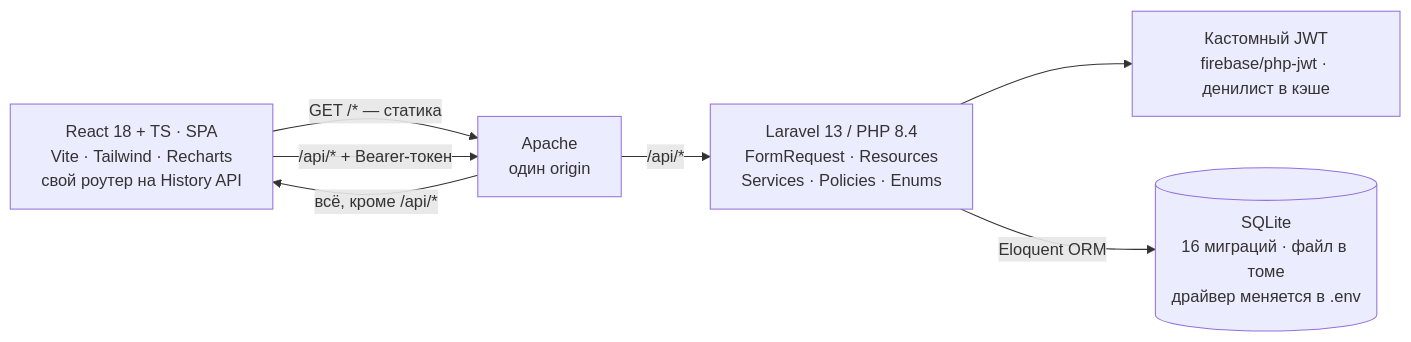
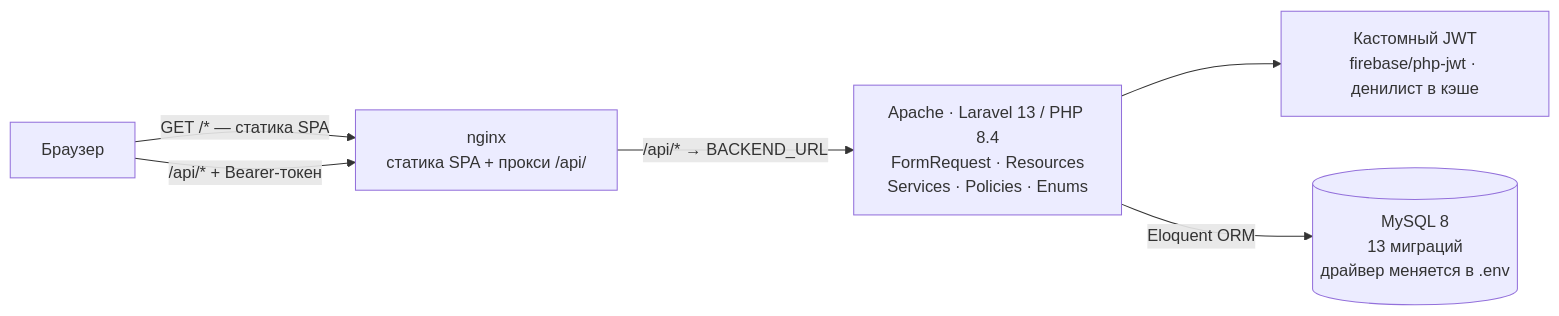
Before and after one commit to bagavund/incident: the first of 5 diagrams in SYSTEM_ANALYSIS.md, drawn with Mermaid. The commit also changed other lines of this file, not shown here.

````diff
--- a/SYSTEM_ANALYSIS.md
+++ b/SYSTEM_ANALYSIS.md
@@ -127,15 +128,14 @@
 ```mermaid
 flowchart LR
-    SPA["React 18 + TS · SPA<br/>Vite · Tailwind · Recharts<br/>свой роутер на History API"]
-    APACHE["Apache<br/>один origin"]
-    LARAVEL["Laravel 13 / PHP 8.4<br/>FormRequest · Resources<br/>Services · Policies · Enums"]
+    BROWSER["Браузер"]
+    NGINX["nginx<br/>статика SPA + прокси /api/"]
+    APACHE["Apache · Laravel 13 / PHP 8.4<br/>FormRequest · Resources<br/>Services · Policies · Enums"]
     JWT["Кастомный JWT<br/>firebase/php-jwt · денилист в кэше"]
-    DB[("SQLite<br/>16 миграций · файл в томе<br/>драйвер меняется в .env")]
+    DB[("MySQL 8<br/>13 миграций<br/>драйвер меняется в .env")]
 
-    SPA -- "GET /* — статика" --> APACHE
-    SPA -- "/api/* + Bearer-токен" --> APACHE
-    APACHE -- "всё, кроме /api/*" --> SPA
-    APACHE -- "/api/*" --> LARAVEL
-    LARAVEL --> JWT
-    LARAVEL -- "Eloquent ORM" --> DB
+    BROWSER -- "GET /* — статика SPA" --> NGINX
+    BROWSER -- "/api/* + Bearer-токен" --> NGINX
+    NGINX -- "/api/*  →  BACKEND_URL" --> APACHE
+    APACHE --> JWT
+    APACHE -- "Eloquent ORM" --> DB
 ```
````
